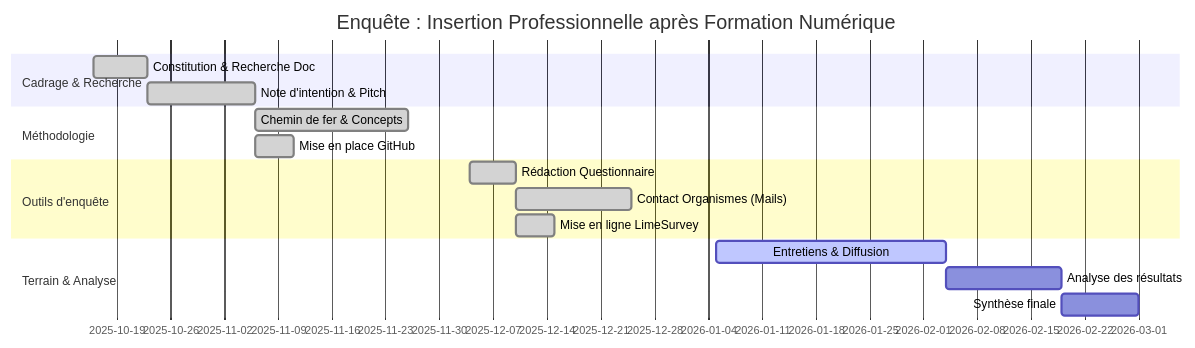
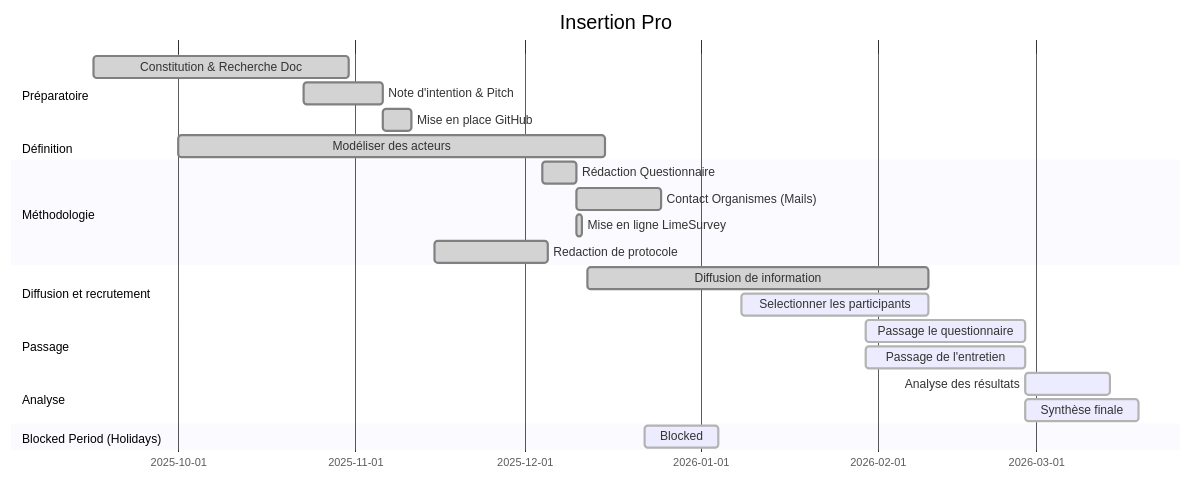
One commit to bouzidifatimazohra00-ux/inclusion-numerique-93 changed the diagram in etatAvancement.md. Above: the diagram before and after it, drawn with Mermaid.

````diff
--- a/etatAvancement.md
+++ b/etatAvancement.md
@@ -1,24 +1,42 @@
 ```mermaid
+---
+config:
+  theme: neo
+---
 gantt
-    title Enquête : Insertion Professionnelle après Formation Numérique
+    title Insertion Pro
     dateFormat  YYYY-MM-DD
+
+    section Préparatoire
+    Constitution & Recherche Doc :done, t1, 2025-09-16, 45d
+    Note d'intention & Pitch     :done, t2, 2025-10-23, 14d
+    Mise en place GitHub         :done, t4, 2025-11-06, 5d
     
-    section Cadrage & Recherche
-    Constitution & Recherche Doc :done, t1, 2025-10-16, 7d
-    Note d'intention & Pitch     :done, t2, 2025-10-23, 14d
+    section Définition
+    Modéliser des acteurs        :done, 2025-10-01, 75d
     
     section Méthodologie
-    Chemin de fer & Concepts     :done, t3, 2025-11-06, 20d
-    Mise en place GitHub         :done, t4, 2025-11-06, 5d
-    
-    section Outils d'enquête
     Rédaction Questionnaire      :done, t5, 2025-12-04, 6d
     Contact Organismes (Mails)   :done, t6, 2025-12-10, 15d
-    Mise en ligne LimeSurvey     :done, t7, after t5, 5d
+    Mise en ligne LimeSurvey     :done, t7, after t5, 1d
+    Redaction de protocole       :done, t8, 2025-11-15  , 20d
     
-    section Terrain & Analyse
-    Entretiens & Diffusion       :active, t8, 2026-01-05, 30d
-    Analyse des résultats        :t9, after t8, 15d
-    Synthèse finale              :t10, after t9, 10d
+    section Diffusion et recrutement
+    Diffusion de information      :done,t9,2025-12-12  , 60d
+    Selectionner les participants      :t10, 2026-01-08 , 33d
+
+    section Passage
+    Passage le questionnaire :t11, 2026-01-30 , 28d
+    Passage de l'entretien :t12, 2026-01-30 , 28d
+
+
+    section Analyse
+    Analyse des résultats        :t13, after t12, 15d
+    Synthèse finale              :t14, after t12, 20d
+    
+    
+
+    section Blocked Period (Holidays)
+    Blocked: 2025-12-22, 13d
 
 ``` 
````
